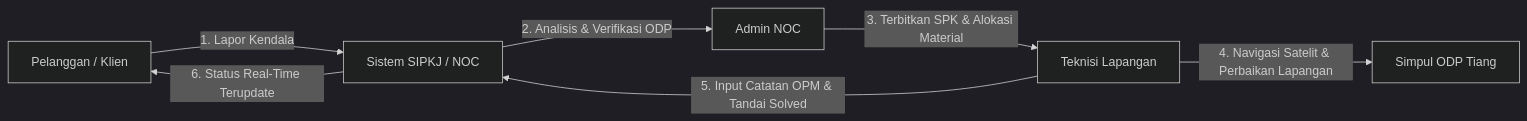
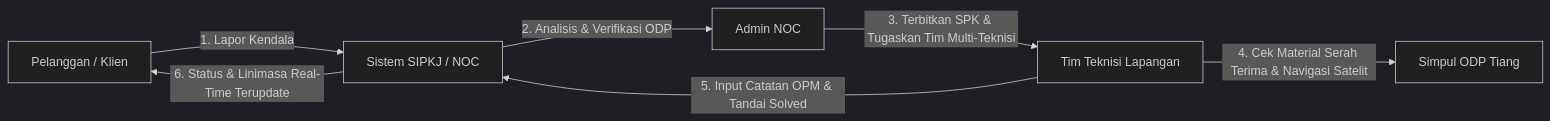
The diagram in README.md (Irpanai/sistem_ro), drawn with Mermaid (dark theme) before and after one commit. The commit also changed other lines of this file and 23 other files, not shown here.

````diff
--- a/README.md
+++ b/README.md
@@ -83,9 +95,9 @@
 ```mermaid
 flowchart LR
     A[Pelanggan / Klien] -->|1. Lapor Kendala| B[Sistem SIPKJ / NOC]
     B -->|2. Analisis & Verifikasi ODP| C[Admin NOC]
-    C -->|3. Terbitkan SPK & Alokasi Material| D[Teknisi Lapangan]
-    D -->|4. Navigasi Satelit & Perbaikan Lapangan| E[Simpul ODP Tiang]
+    C -->|3. Terbitkan SPK & Tugaskan Tim Multi-Teknisi| D[Tim Teknisi Lapangan]
+    D -->|4. Cek Material Serah Terima & Navigasi Satelit| E[Simpul ODP Tiang]
     D -->|5. Input Catatan OPM & Tandai Solved| B
-    B -->|6. Status Real-Time Terupdate| A
+    B -->|6. Status & Linimasa Real-Time Terupdate| A
 ```
````
